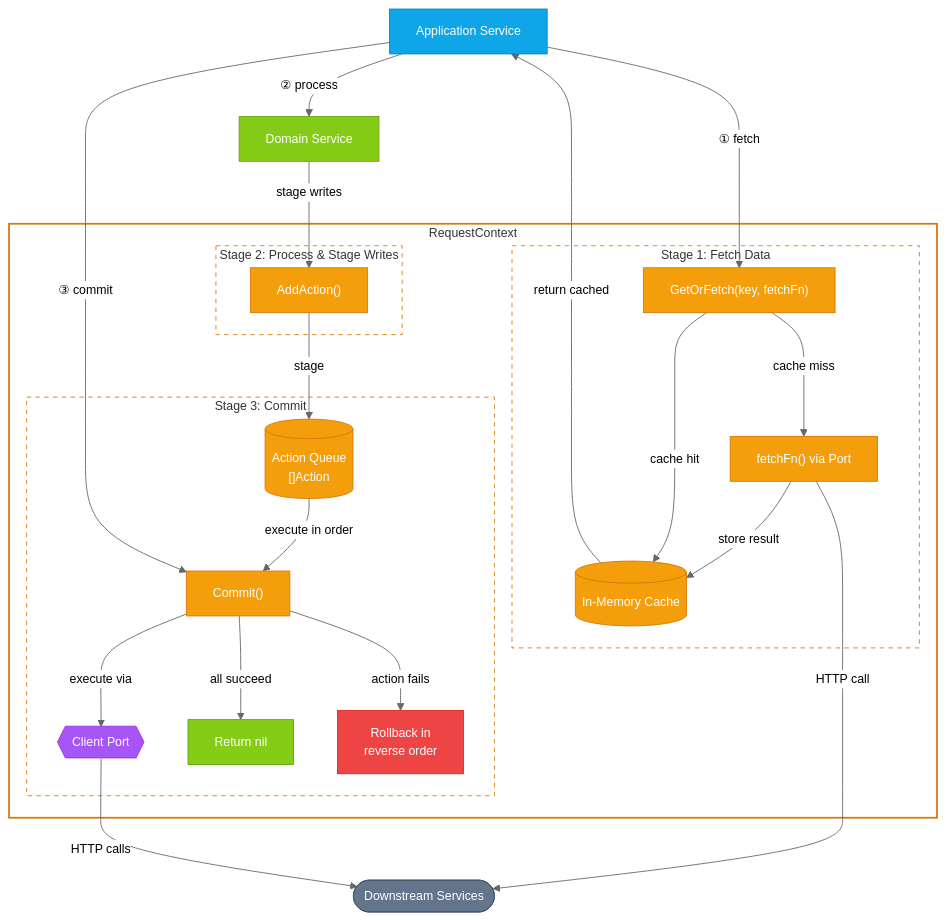
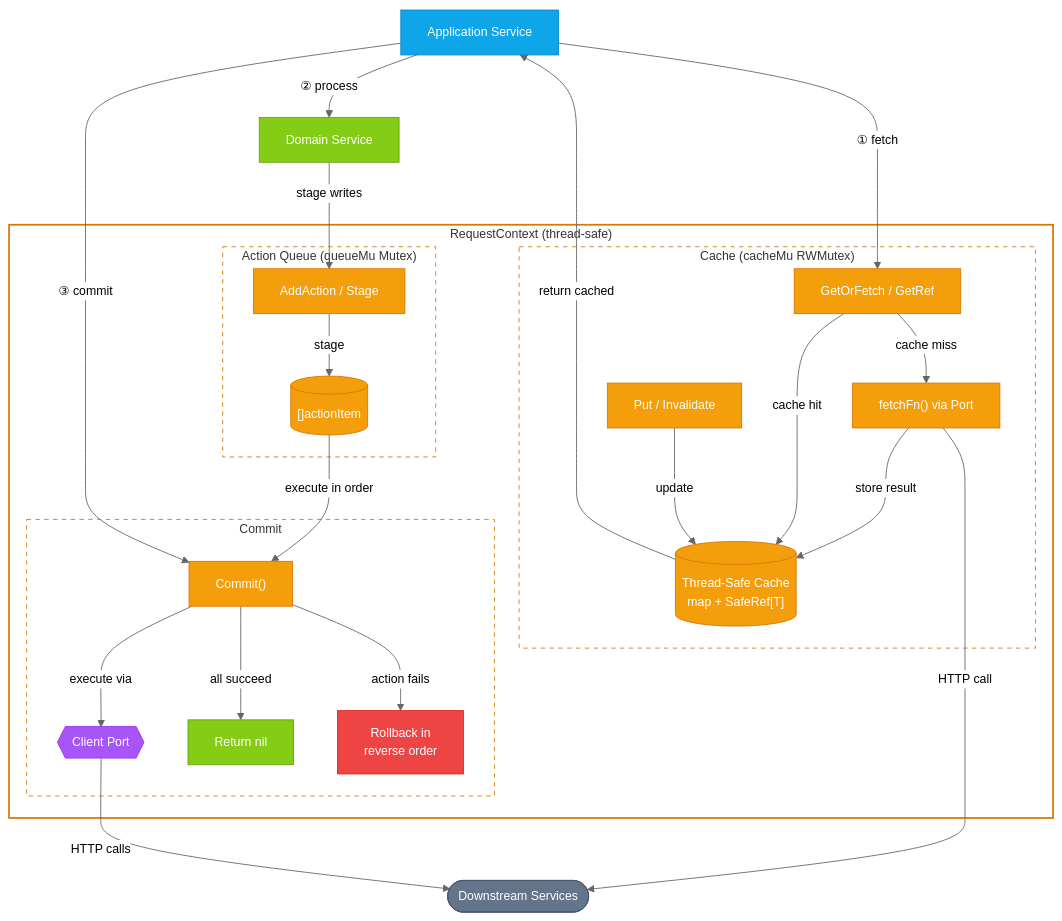
Before and after one commit to jsamuelsen11/go-service-template-v2: the ninth of 9 diagrams in docs/adr/0001-hexagonal-architecture.md, drawn with Mermaid. The commit also changed other lines of this file and 22 other files, not shown here.

First line of the commit message:
feat: add bulk todo updates with thread-safe concurrent processing

````diff
--- a/docs/adr/0001-hexagonal-architecture.md
+++ b/docs/adr/0001-hexagonal-architecture.md
@@ -729,61 +729,63 @@
 ```mermaid
 %%{init: {'theme': 'neutral', 'themeVariables': { 'fontSize': '14px' }}}%%
 flowchart TB
     AppSvc["Application Service"]
     DomSvc["Domain Service"]
 
-    subgraph rc["RequestContext"]
-        subgraph stage1["Stage 1: Fetch Data"]
-            GOF["GetOrFetch(key, fetchFn)"]
-            Cache[("In-Memory Cache")]
+    subgraph rc["RequestContext (thread-safe)"]
+        subgraph cache_side["Cache (cacheMu RWMutex)"]
+            GOF["GetOrFetch / GetRef"]
+            Cache[("Thread-Safe Cache<br/>map + SafeRef[T]")]
             GOF -->|"cache miss"| FetchFn["fetchFn() via Port"]
             FetchFn -->|"store result"| Cache
             GOF -->|"cache hit"| Cache
+            Put["Put / Invalidate"]
+            Put -->|"update"| Cache
         end
 
-        subgraph stage2["Stage 2: Process & Stage Writes"]
-            AddAct["AddAction()"]
+        subgraph queue_side["Action Queue (queueMu Mutex)"]
+            AddAct["AddAction / Stage"]
+            Queue[("[]actionItem")]
+            AddAct -->|"stage"| Queue
         end
 
-        Queue[("Action Queue<br/>[]Action")]
-        AddAct -->|"stage"| Queue
-
-        subgraph stage3["Stage 3: Commit"]
+        subgraph commit_side["Commit"]
             Commit["Commit()"]
             CliPort{{"Client Port"}}
             Success["Return nil"]
             Rollback["Rollback in<br/>reverse order"]
             Queue -->|"execute in order"| Commit
             Commit -->|"execute via"| CliPort
             Commit -->|"all succeed"| Success
             Commit -->|"action fails"| Rollback
         end
     end
 
     Downstream(["Downstream Services"])
     FetchFn -->|"HTTP call"| Downstream
     CliPort -->|"HTTP calls"| Downstream
 
     AppSvc -->|"① fetch"| GOF
     Cache -->|"return cached"| AppSvc
     AppSvc -->|"② process"| DomSvc
     DomSvc -->|"stage writes"| AddAct
     AppSvc -->|"③ commit"| Commit
 
     style AppSvc fill:#0ea5e9,stroke:#0284c7,color:#fff
     style DomSvc fill:#84cc16,stroke:#65a30d,color:#fff
     style GOF fill:#f59e0b,stroke:#d97706,color:#fff
     style Cache fill:#f59e0b,stroke:#d97706,color:#fff
     style FetchFn fill:#f59e0b,stroke:#d97706,color:#fff
+    style Put fill:#f59e0b,stroke:#d97706,color:#fff
     style AddAct fill:#f59e0b,stroke:#d97706,color:#fff
     style Queue fill:#f59e0b,stroke:#d97706,color:#fff
     style Commit fill:#f59e0b,stroke:#d97706,color:#fff
     style CliPort fill:#a855f7,stroke:#9333ea,color:#fff
     style Downstream fill:#64748b,stroke:#475569,color:#fff
     style Success fill:#84cc16,stroke:#65a30d,color:#fff
     style Rollback fill:#ef4444,stroke:#dc2626,color:#fff
     style rc fill:none,stroke:#d97706,stroke-width:2px
-    style stage1 fill:none,stroke:#d97706,stroke-dasharray: 5 5
-    style stage2 fill:none,stroke:#d97706,stroke-dasharray: 5 5
-    style stage3 fill:none,stroke:#d97706,stroke-dasharray: 5 5
+    style cache_side fill:none,stroke:#d97706,stroke-dasharray: 5 5
+    style queue_side fill:none,stroke:#d97706,stroke-dasharray: 5 5
+    style commit_side fill:none,stroke:#d97706,stroke-dasharray: 5 5
 ```
````
